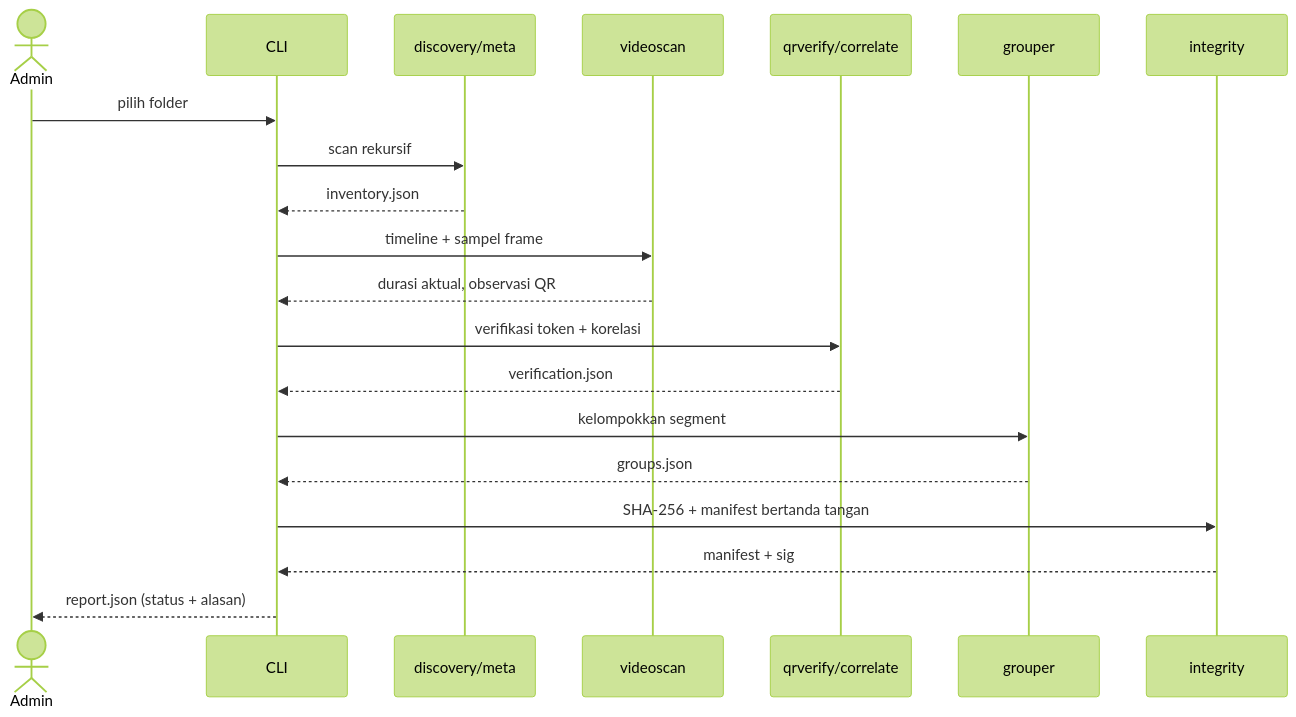
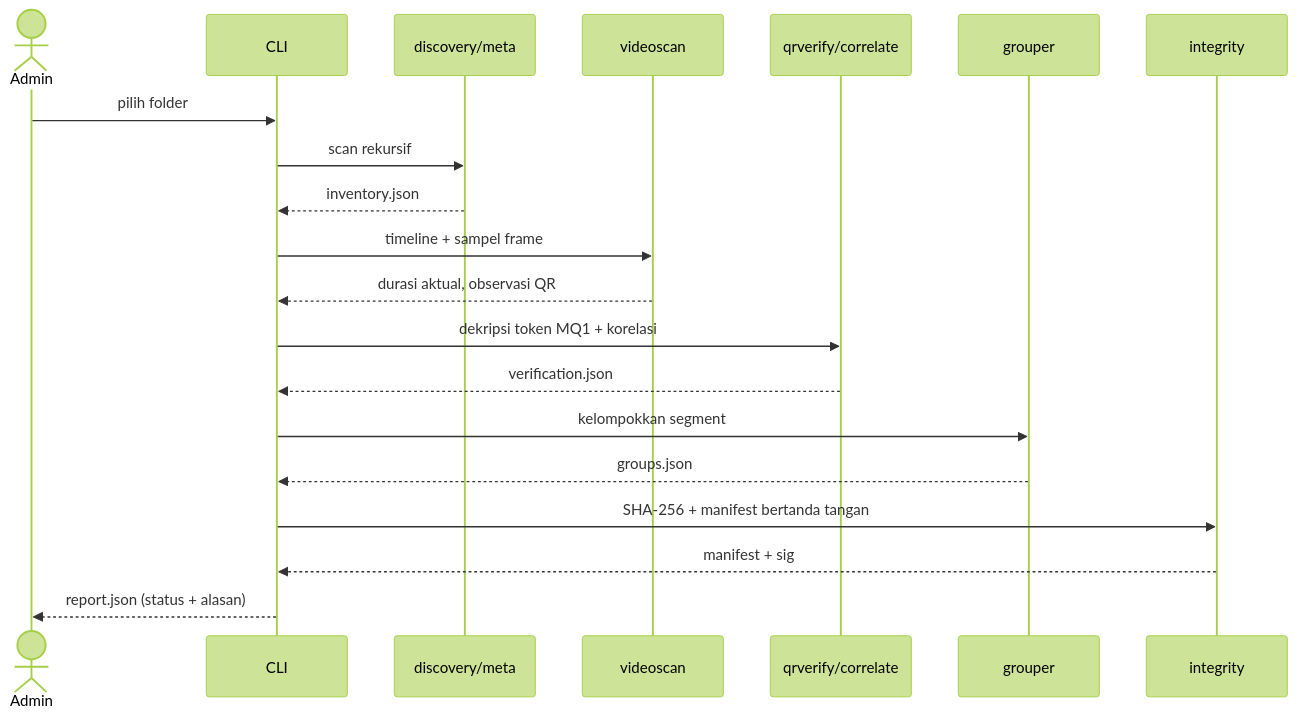
The first of 2 diagrams in ARCHITECTURE.md (progstay17/ZYBtool), drawn with Mermaid (forest theme) before and after one commit. The commit also changed other lines of this file and 28 other files, not shown here.

````diff
--- a/ARCHITECTURE.md
+++ b/ARCHITECTURE.md
@@ -69,22 +69,22 @@
 ```mermaid
 sequenceDiagram
   actor Admin
   participant CLI
   participant D as discovery/meta
   participant V as videoscan
   participant Q as qrverify/correlate
   participant G as grouper
   participant I as integrity
   Admin->>CLI: pilih folder
   CLI->>D: scan rekursif
   D-->>CLI: inventory.json
   CLI->>V: timeline + sampel frame
   V-->>CLI: durasi aktual, observasi QR
-  CLI->>Q: verifikasi token + korelasi
+  CLI->>Q: dekripsi token MQ1 + korelasi
   Q-->>CLI: verification.json
   CLI->>G: kelompokkan segment
   G-->>CLI: groups.json
   CLI->>I: SHA-256 + manifest bertanda tangan
   I-->>CLI: manifest + sig
   CLI-->>Admin: report.json (status + alasan)
 ```
````
